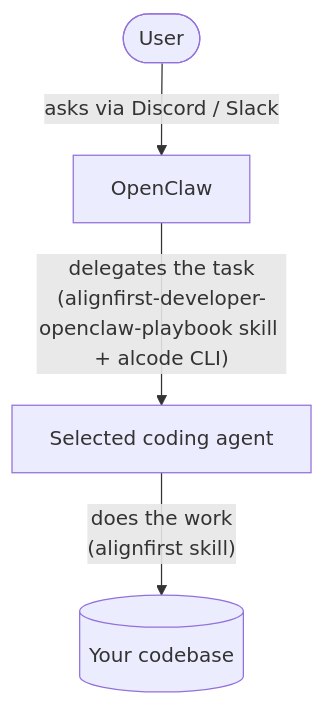
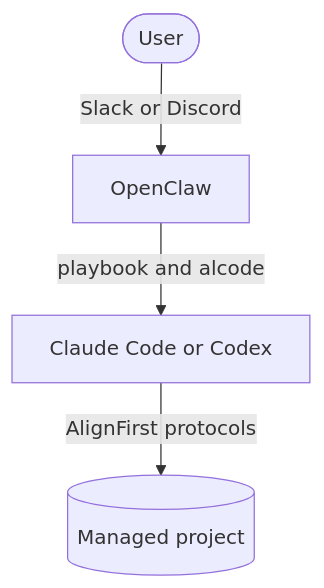
Before and after one commit to paleo/alignfirst: the diagram in alignfirst-developer.md, drawn with Mermaid. The commit also changed other lines of this file and 104 other files, not shown here.

````diff
--- a/alignfirst-developer.md
+++ b/alignfirst-developer.md
@@ -12,6 +7,6 @@
 ```mermaid
 flowchart TD
-  U([User]) -->|"asks via Discord / Slack"| O[OpenClaw]
-  O -->|"delegates the task<br/>(alignfirst-developer-openclaw-playbook skill + alcode CLI)"| CA[Selected coding agent]
-  CA -->|"does the work<br/>(alignfirst skill)"| FS[(Your codebase)]
+  U([User]) -->|Slack or Discord| O[OpenClaw]
+  O -->|playbook and alcode| CA[Claude Code or Codex]
+  CA -->|AlignFirst protocols| FS[(Managed project)]
 ```
````
